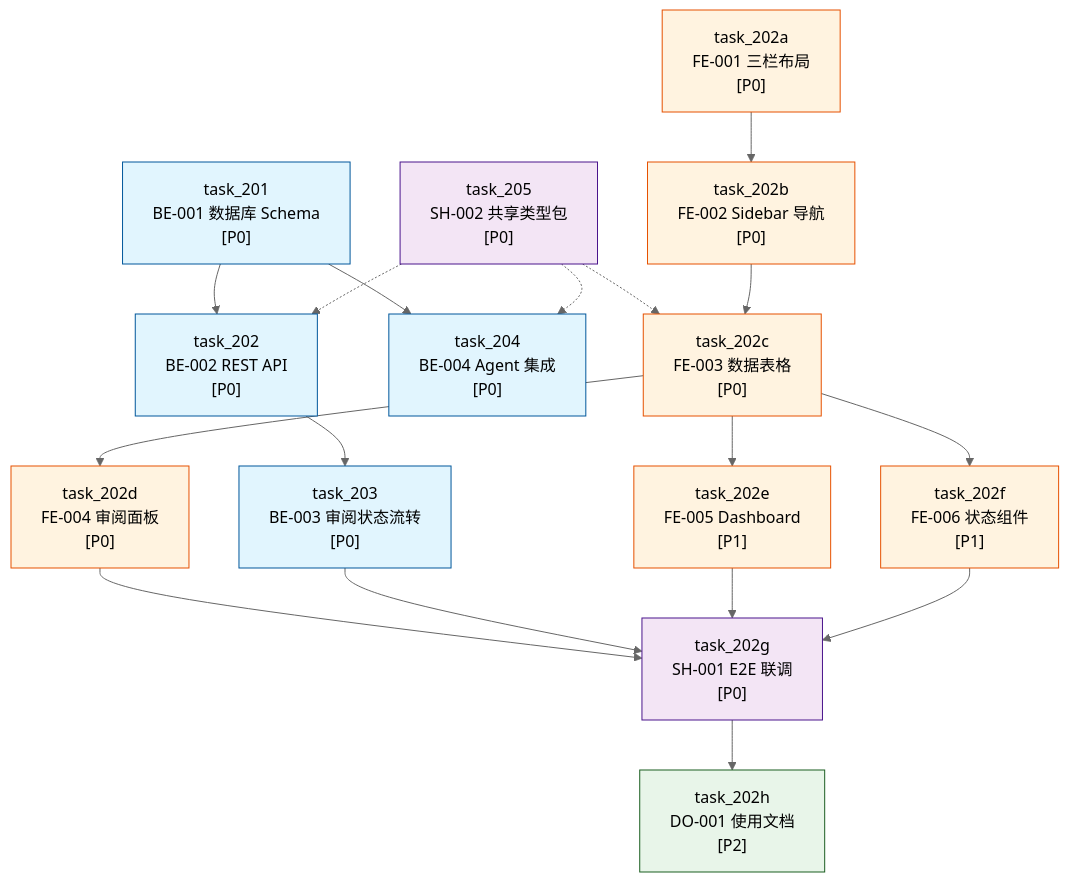
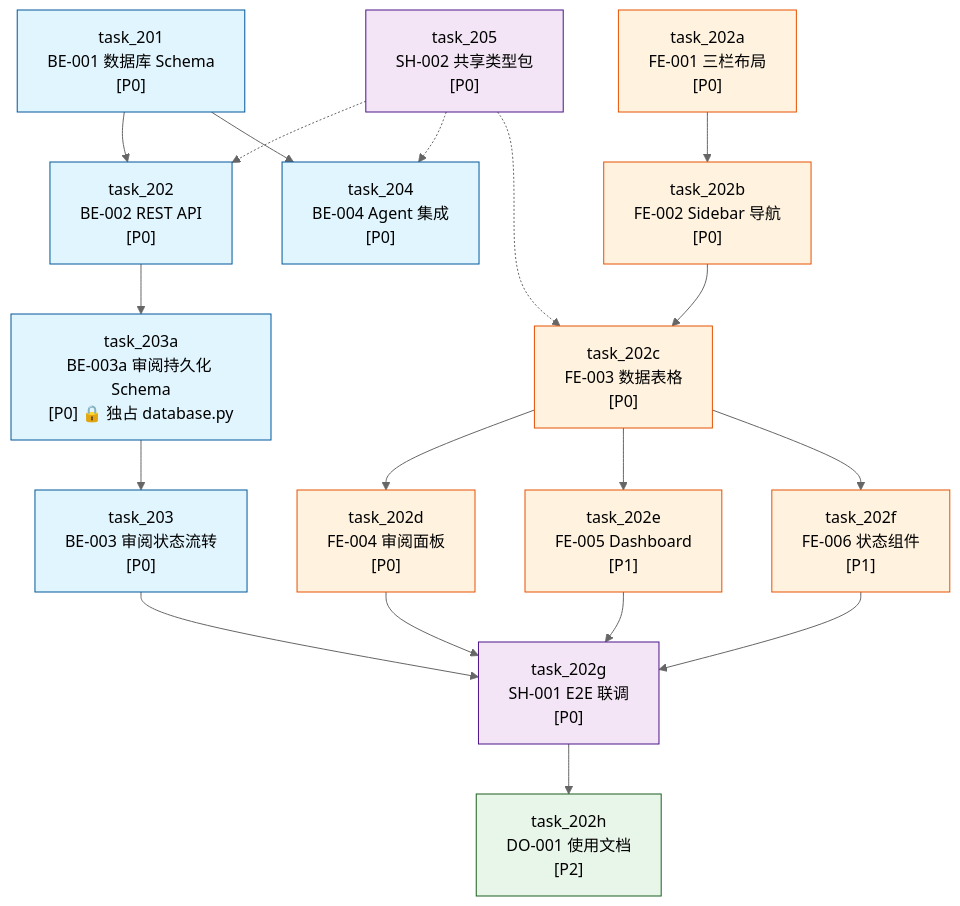
The first of 2 diagrams in docs/stage/stage_story-workspace.md (glide-the/im-dream), drawn with Mermaid (neutral theme) before and after one commit. The commit also changed other lines of this file, not shown here.

First line of the commit message:
stage(story-workspace): SUO-319 增量插入 task_203a 硬依赖与共享路由释放条件

````diff
--- a/docs/stage/stage_story-workspace.md
+++ b/docs/stage/stage_story-workspace.md
@@ -75,50 +78,52 @@
 ```mermaid
 graph TD
     %% Phase 1: 基础准备（可并行）
     T205["task_205<br/>SH-002 共享类型包<br/>[P0]"]:::shared
     T201["task_201<br/>BE-001 数据库 Schema<br/>[P0]"]:::backend
     T202a["task_202a<br/>FE-001 三栏布局<br/>[P0]"]:::frontend
 
     %% Phase 2: 前后端核心开发（可并行，依赖 Phase 1）
     T202["task_202<br/>BE-002 REST API<br/>[P0]"]:::backend
     T204["task_204<br/>BE-004 Agent 集成<br/>[P0]"]:::backend
     T202b["task_202b<br/>FE-002 Sidebar 导航<br/>[P0]"]:::frontend
     T202c["task_202c<br/>FE-003 数据表格<br/>[P0]"]:::frontend
     T202d["task_202d<br/>FE-004 审阅面板<br/>[P0]"]:::frontend
 
-    %% Phase 3: 后端审阅工作流（依赖 Phase 2 Backend）
+    %% Phase 3: 后端审阅工作流（依赖 Phase 2 Backend + task_203a Schema 前置）
+    T203a["task_203a<br/>BE-003a 审阅持久化 Schema<br/>[P0] 🔒 独占 database.py"]:::backend
     T203["task_203<br/>BE-003 审阅状态流转<br/>[P0]"]:::backend
 
     %% Phase 4: 前端完善（依赖 Phase 2 Frontend）
     T202e["task_202e<br/>FE-005 Dashboard<br/>[P1]"]:::frontend
     T202f["task_202f<br/>FE-006 状态组件<br/>[P1]"]:::frontend
 
     %% Phase 5: 联调与验证（依赖 Phase 2-4）
     T202g["task_202g<br/>SH-001 E2E 联调<br/>[P0]"]:::shared
 
     %% Phase 6: 文档（依赖 Phase 5）
     T202h["task_202h<br/>DO-001 使用文档<br/>[P2]"]:::docs
 
     %% 依赖边
     T201 --> T202
     T201 --> T204
     T205 -.-> T202
     T205 -.-> T204
     T205 -.-> T202c
     T202a --> T202b
     T202b --> T202c
     T202c --> T202d
-    T202 --> T203
+    T202 --> T203a
+    T203a --> T203
     T202c --> T202e
     T202c --> T202f
     T202d --> T202g
     T203 --> T202g
     T202e --> T202g
     T202f --> T202g
     T202g --> T202h
 
     classDef backend fill:#e1f5fe,stroke:#01579b
     classDef frontend fill:#fff3e0,stroke:#e65100
     classDef shared fill:#f3e5f5,stroke:#4a148c
     classDef docs fill:#e8f5e9,stroke:#1b5e20
 ```
````
